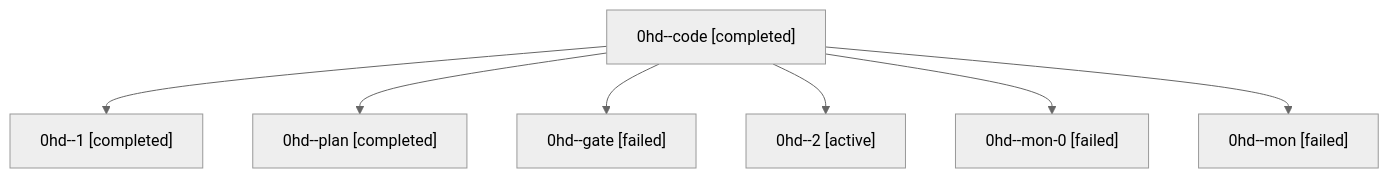
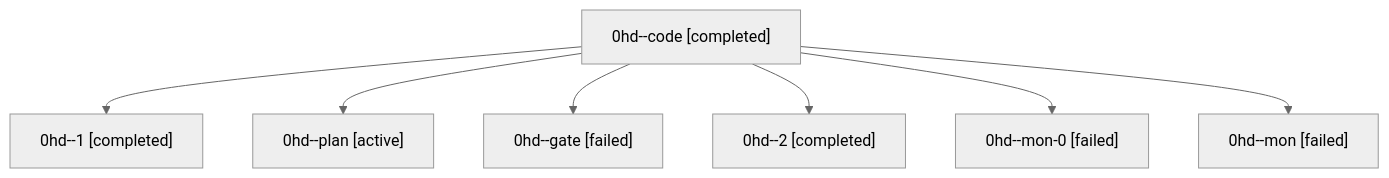
One commit to sase-org/sase--agents changed the diagram in families/bbugyi200.athena.0hd.md. Above: the diagram before and after it, drawn with Mermaid (neutral theme). The commit also changed other lines of this file and 35830 other files, not shown here.

````diff
--- a/families/bbugyi200.athena.0hd.md
+++ b/families/bbugyi200.athena.0hd.md
@@ -9,16 +9,16 @@
 ```mermaid
 flowchart TD
   n0["0hd--code [completed]"]
   n1["0hd--1 [completed]"]
   n0 --> n1
-  n2["0hd--plan [completed]"]
+  n2["0hd--plan [active]"]
   n0 --> n2
   n3["0hd--gate [failed]"]
   n0 --> n3
-  n4["0hd--2 [active]"]
+  n4["0hd--2 [completed]"]
   n0 --> n4
   n5["0hd--mon-0 [failed]"]
   n0 --> n5
   n6["0hd--mon [failed]"]
   n0 --> n6
 ```
````
